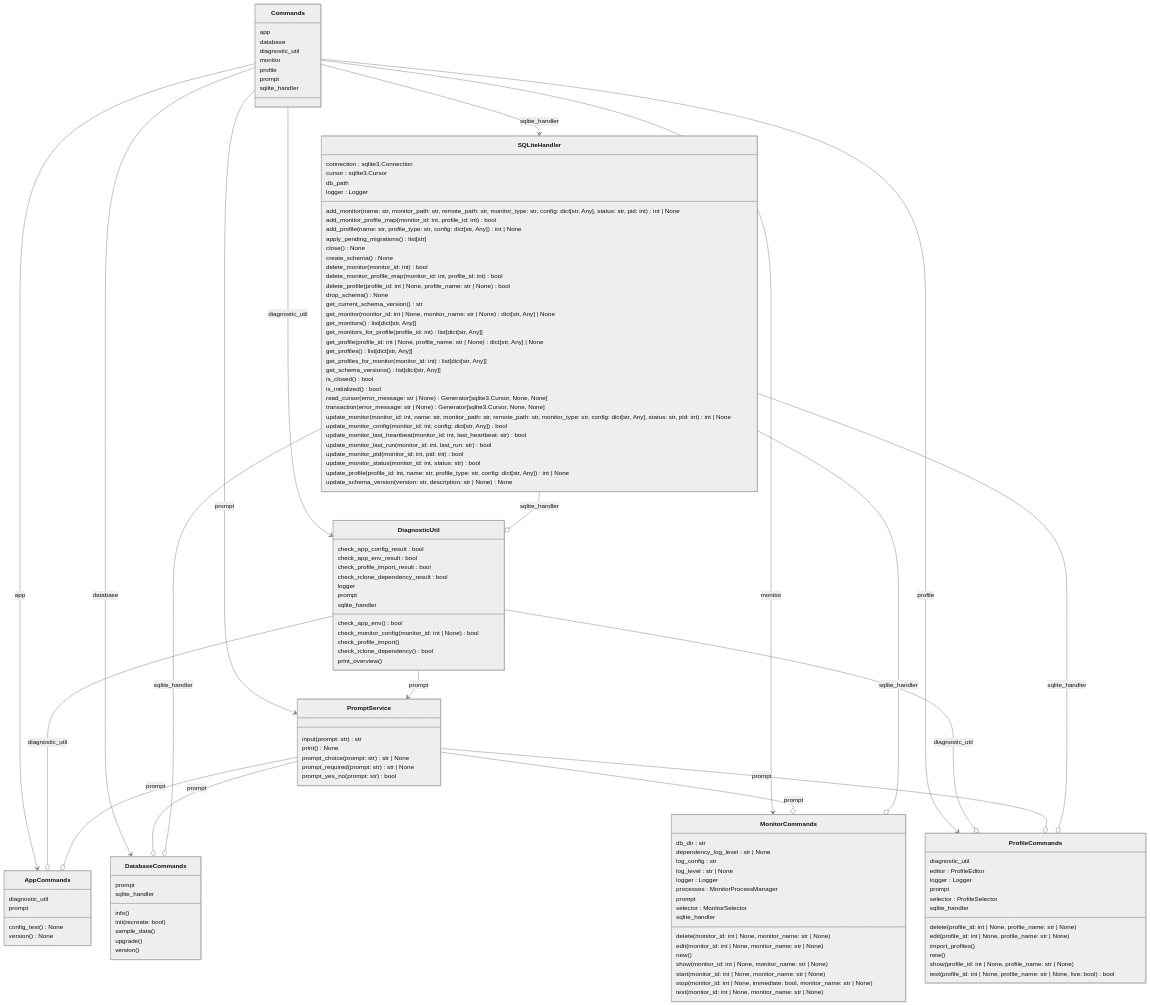
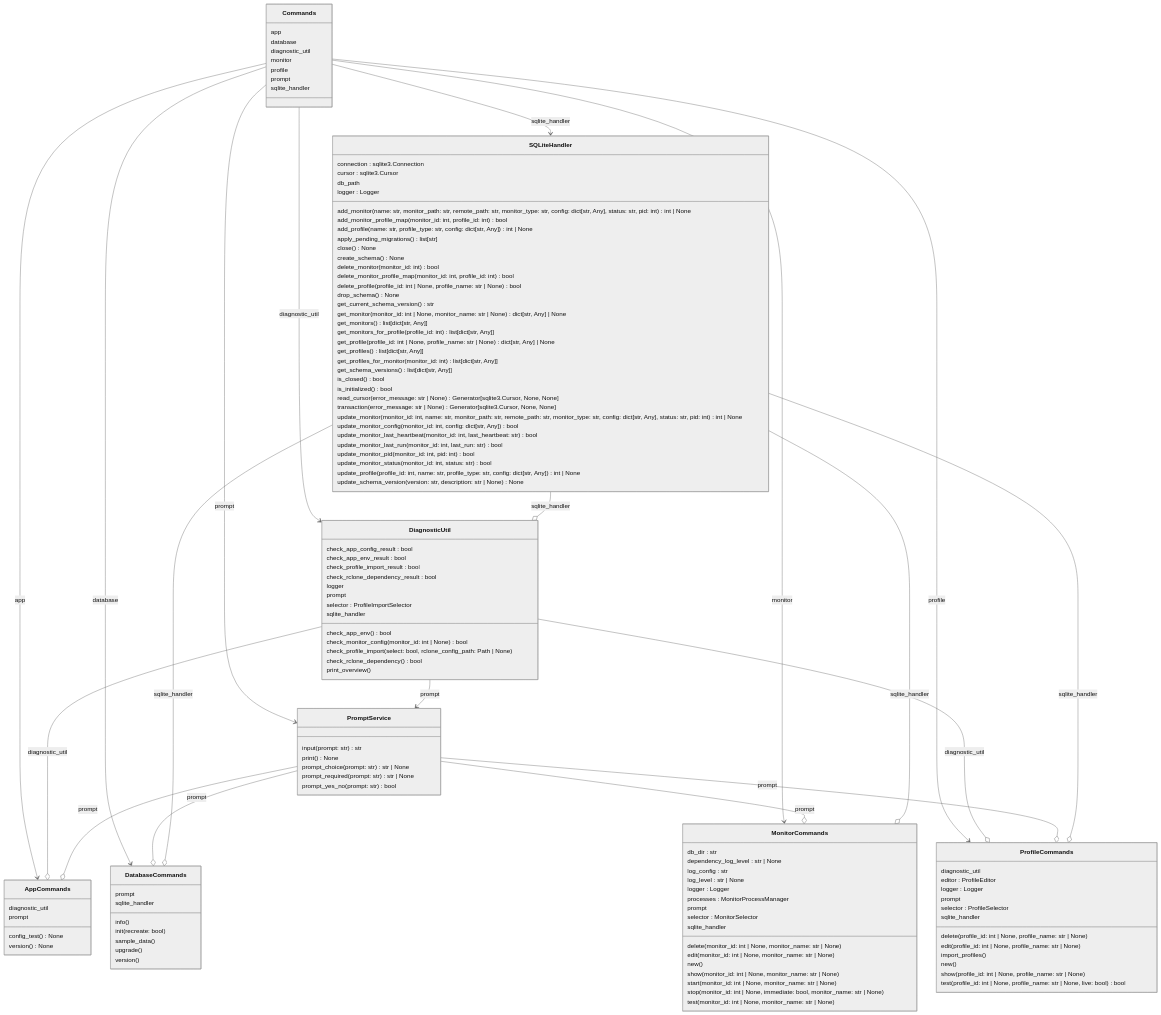
The second of 2 diagrams in ARCHITECTURE.md (Transparent-Systems/monitorhub), drawn with Mermaid (neutral theme) before and after one commit. The commit also changed 8 other files, not shown here.

Commit message:
Let profile import select which rclone profiles to import

```diff
--- a/ARCHITECTURE.md
+++ b/ARCHITECTURE.md
@@ -132,10 +132,11 @@
     check_rclone_dependency_result : bool
     logger
     prompt
+    selector : ProfileImportSelector
     sqlite_handler
     check_app_env() bool
     check_monitor_config(monitor_id: int | None) bool
-    check_profile_import()
+    check_profile_import(select: bool, rclone_config_path: Path | None)
     check_rclone_dependency() bool
     print_overview()
   }
```
